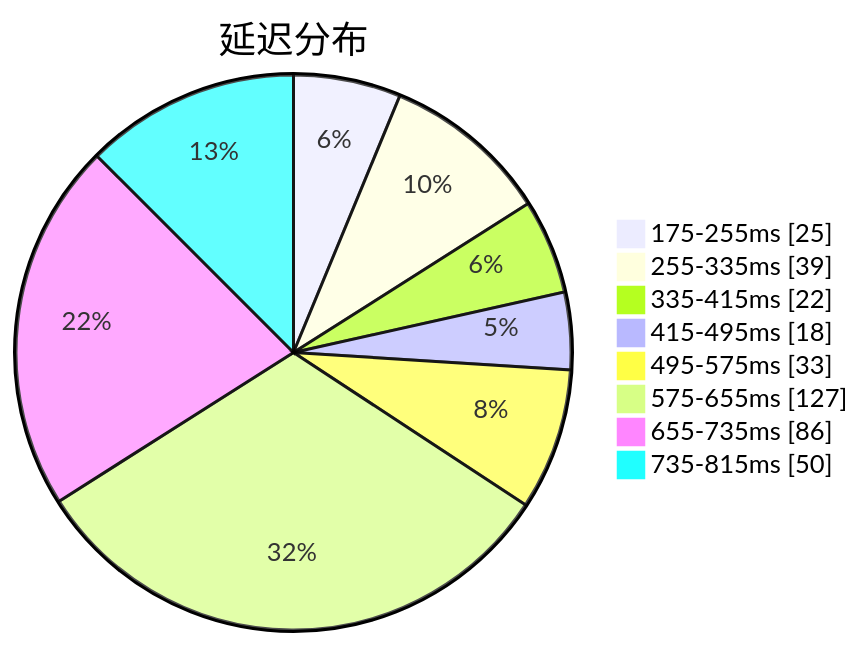
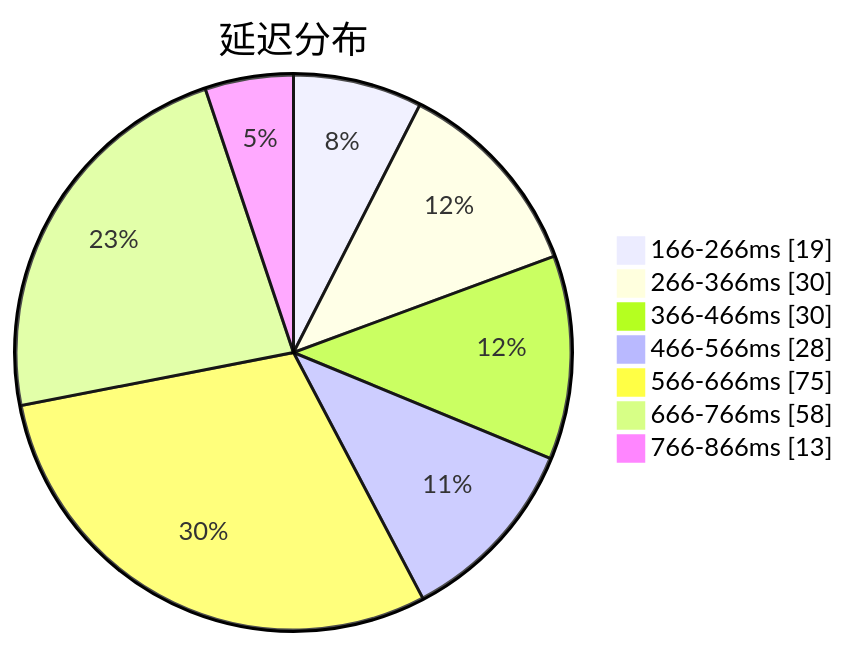
One commit to qjlxg/airport changed the first of 3 diagrams in subs/statistics/tested_within.md. Above: the diagram before and after it, drawn with Mermaid. The commit also changed other lines of this file and 2 other files, not shown here.

Commit message:
Tested by metaST

````diff
--- a/subs/statistics/tested_within.md
+++ b/subs/statistics/tested_within.md
@@ -2,12 +2,11 @@
 ```mermaid
 pie showData
 title 延迟分布
-"175-255ms" : 25
-"255-335ms" : 39
-"335-415ms" : 22
-"415-495ms" : 18
-"495-575ms" : 33
-"575-655ms" : 127
-"655-735ms" : 86
-"735-815ms" : 50
+"166-266ms" : 19
+"266-366ms" : 30
+"366-466ms" : 30
+"466-566ms" : 28
+"566-666ms" : 75
+"666-766ms" : 58
+"766-866ms" : 13
 ```
````
